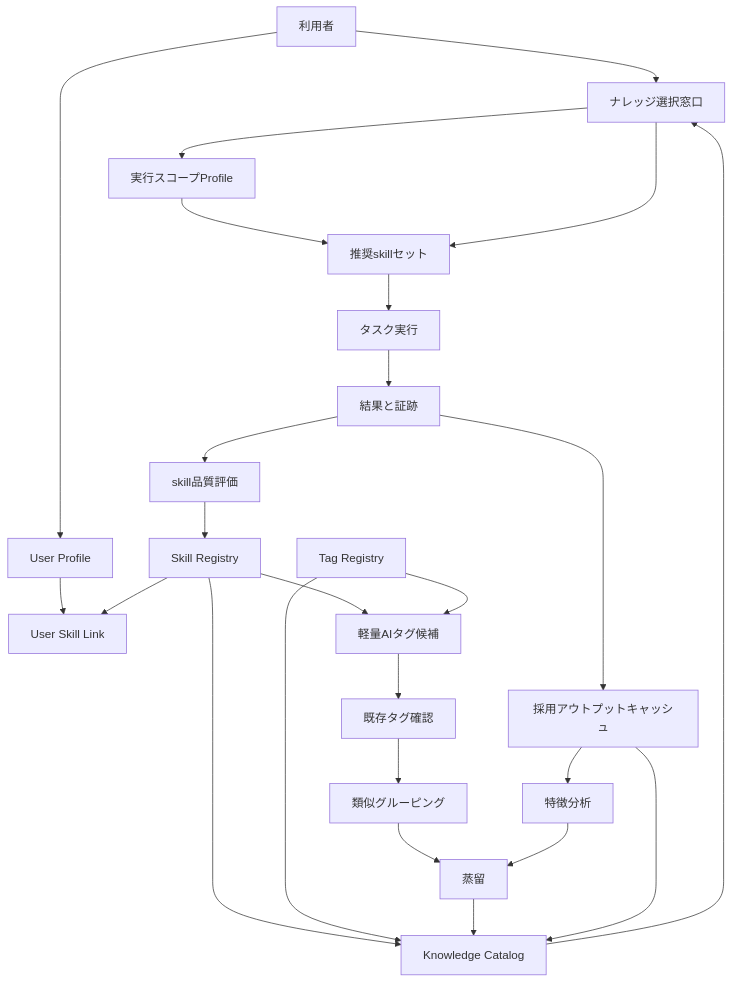
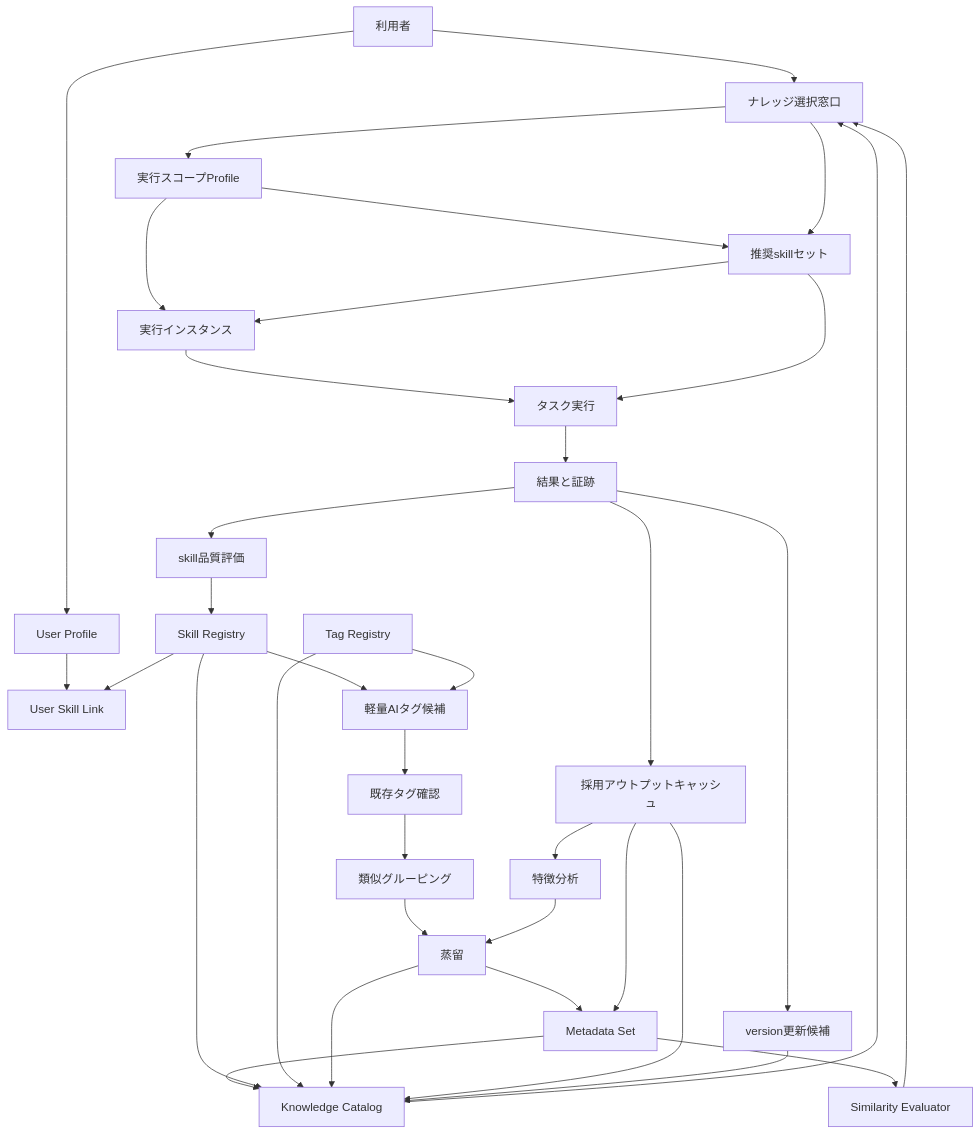
One commit to schro-cat-dev/torisetsu changed the diagram in internal_refs/ai_experiment_scopes/skill_orchestration_harness/team-centralized-harness-system-design.md. Above: the diagram before and after it, drawn with Mermaid. The commit also changed other lines of this file and 2 other files, not shown here.

Commit message:
Refine team harness selection and instance design

````diff
--- a/internal_refs/ai_experiment_scopes/skill_orchestration_harness/team-centralized-harness-system-design.md
+++ b/internal_refs/ai_experiment_scopes/skill_orchestration_harness/team-centralized-harness-system-design.md
@@ -48,27 +52,37 @@
 ```mermaid
 flowchart TD
   User["利用者"] --> UserProfile["User Profile"]
   User --> SelectionPanel["ナレッジ選択窓口"]
   KnowledgeCatalog["Knowledge Catalog"] --> SelectionPanel
   SelectionPanel --> ScopeProfile["実行スコープProfile"]
+  ScopeProfile --> ExecutionInstance["実行インスタンス"]
+  MetadataSet["Metadata Set"] --> KnowledgeCatalog
+  SimilarityEvaluator["Similarity Evaluator"] --> SelectionPanel
+  MetadataSet --> SimilarityEvaluator
   UserProfile --> SkillLink["User Skill Link"]
   SkillRegistry["Skill Registry"] --> SkillLink
   SkillRegistry --> KnowledgeCatalog
   SkillRegistry --> Tagging["軽量AIタグ候補"]
   TagRegistry["Tag Registry"] --> Tagging
   TagRegistry --> KnowledgeCatalog
   Tagging --> TagCheck["既存タグ確認"]
   TagCheck --> Grouping["類似グルーピング"]
   Grouping --> Distillation["蒸留"]
   Distillation --> KnowledgeCatalog
+  Distillation --> MetadataSet
   ScopeProfile --> RecommendedSet["推奨skillセット"]
   SelectionPanel --> RecommendedSet
+  RecommendedSet --> ExecutionInstance
+  ExecutionInstance --> TaskRun
   RecommendedSet --> TaskRun["タスク実行"]
   TaskRun --> Evidence["結果と証跡"]
   Evidence --> AcceptedCache["採用アウトプットキャッシュ"]
   AcceptedCache --> PatternAnalysis["特徴分析"]
   PatternAnalysis --> Distillation
   AcceptedCache --> KnowledgeCatalog
+  AcceptedCache --> MetadataSet
   Evidence --> SkillScore["skill品質評価"]
+  Evidence --> VersionUpdate["version更新候補"]
+  VersionUpdate --> KnowledgeCatalog
   SkillScore --> SkillRegistry
 ```
````
